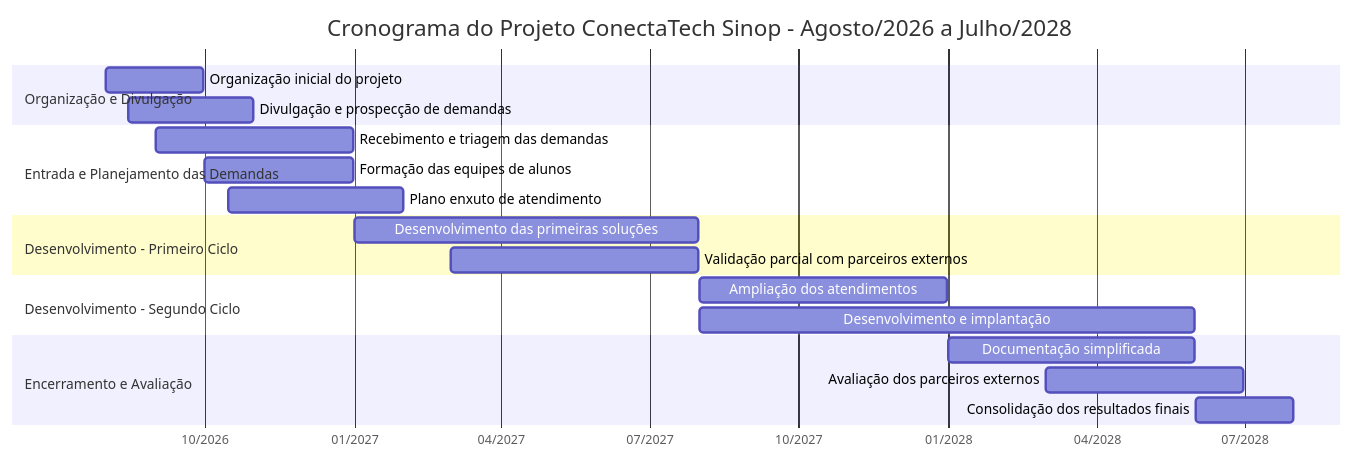
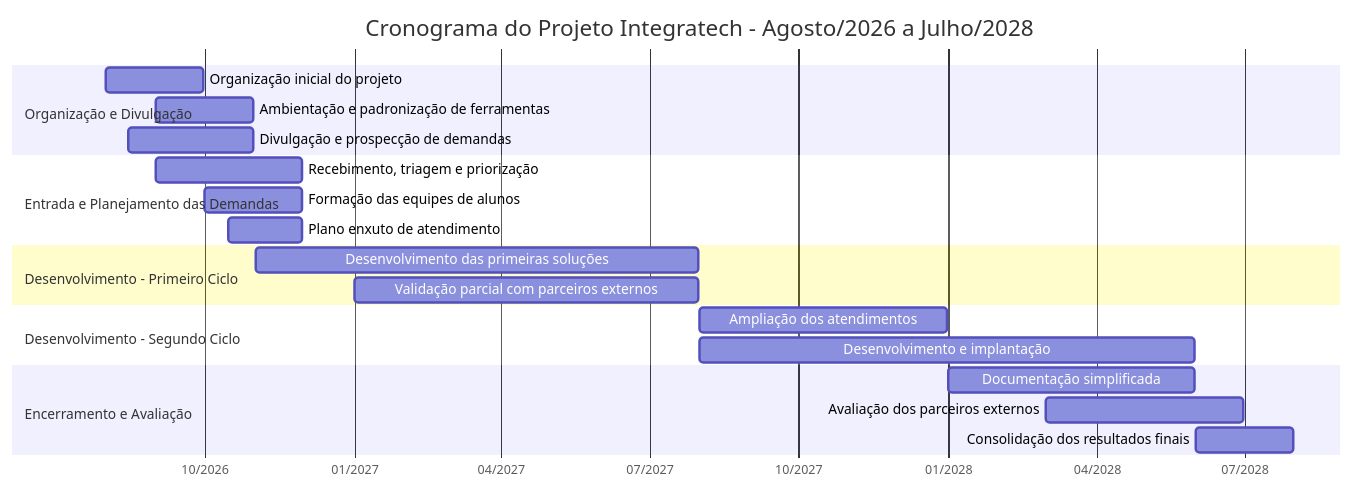
One commit to monteiro74/integratech-sinop changed the fifth of 7 diagrams in README.md. Above: the diagram before and after it, drawn with Mermaid. The commit also changed other lines of this file, not shown here.

````diff
--- a/README.md
+++ b/README.md
@@ -590,28 +670,29 @@
 ```mermaid
 gantt
-    title Cronograma do Projeto ConectaTech Sinop - Agosto/2026 a Julho/2028
+    title Cronograma do Projeto Integratech - Agosto/2026 a Julho/2028
     dateFormat  YYYY-MM-DD
     axisFormat  %m/%Y
 
     section Organização e Divulgação
     Organização inicial do projeto           :a1, 2026-08-01, 2026-09-30
-    Divulgação e prospecção de demandas      :a2, 2026-08-15, 2026-10-31
+    Ambientação e padronização de ferramentas :a2, 2026-09-01, 2026-10-31
+    Divulgação e prospecção de demandas      :a3, 2026-08-15, 2026-10-31
 
     section Entrada e Planejamento das Demandas
-    Recebimento e triagem das demandas       :b1, 2026-09-01, 2026-12-31
-    Formação das equipes de alunos           :b2, 2026-10-01, 2026-12-31
-    Plano enxuto de atendimento              :b3, 2026-10-15, 2027-01-31
+    Recebimento, triagem e priorização       :b1, 2026-09-01, 2026-11-30
+    Formação das equipes de alunos           :b2, 2026-10-01, 2026-11-30
+    Plano enxuto de atendimento              :b3, 2026-10-15, 2026-11-30
 
     section Desenvolvimento - Primeiro Ciclo
-    Desenvolvimento das primeiras soluções   :c1, 2027-01-01, 2027-07-31
-    Validação parcial com parceiros externos :c2, 2027-03-01, 2027-07-31
+    Desenvolvimento das primeiras soluções   :c1, 2026-11-01, 2027-07-31
+    Validação parcial com parceiros externos :c2, 2027-01-01, 2027-07-31
 
     section Desenvolvimento - Segundo Ciclo
     Ampliação dos atendimentos               :d1, 2027-08-01, 2027-12-31
     Desenvolvimento e implantação            :d2, 2027-08-01, 2028-05-31
 
     section Encerramento e Avaliação
     Documentação simplificada                :e1, 2028-01-01, 2028-05-31
     Avaliação dos parceiros externos         :e2, 2028-03-01, 2028-06-30
     Consolidação dos resultados finais        :e3, 2028-06-01, 2028-07-31
 ```
````
